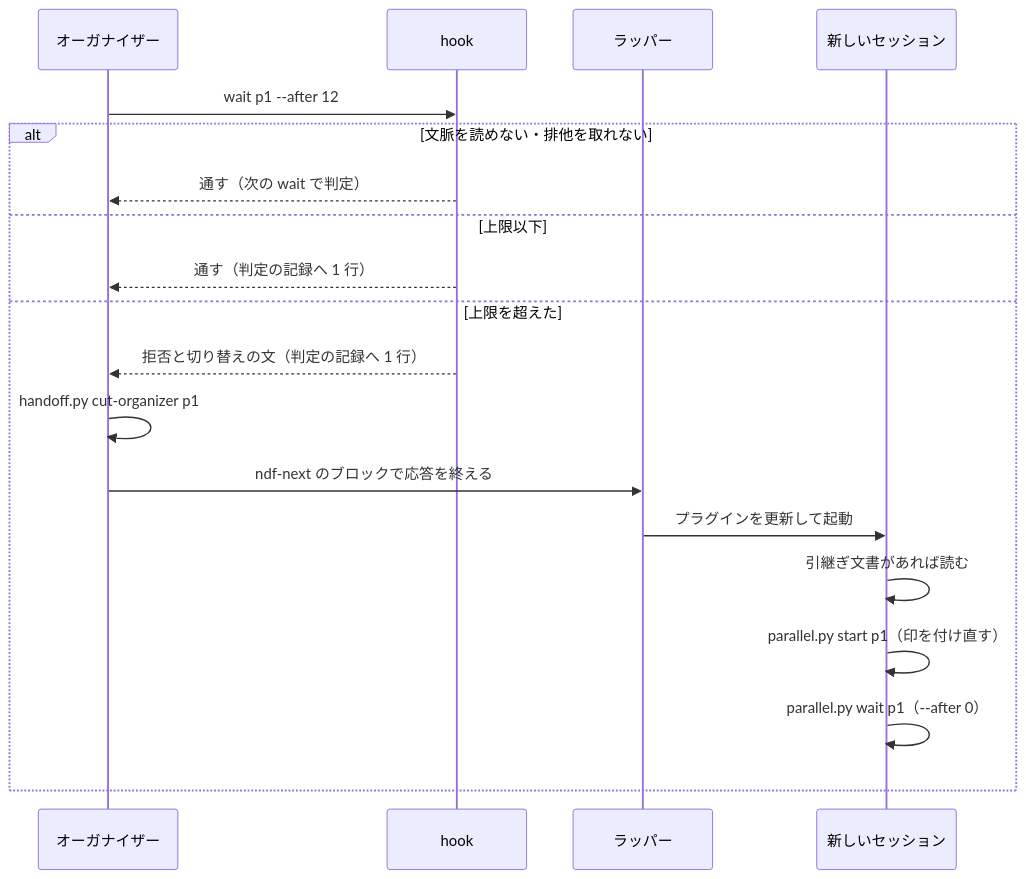
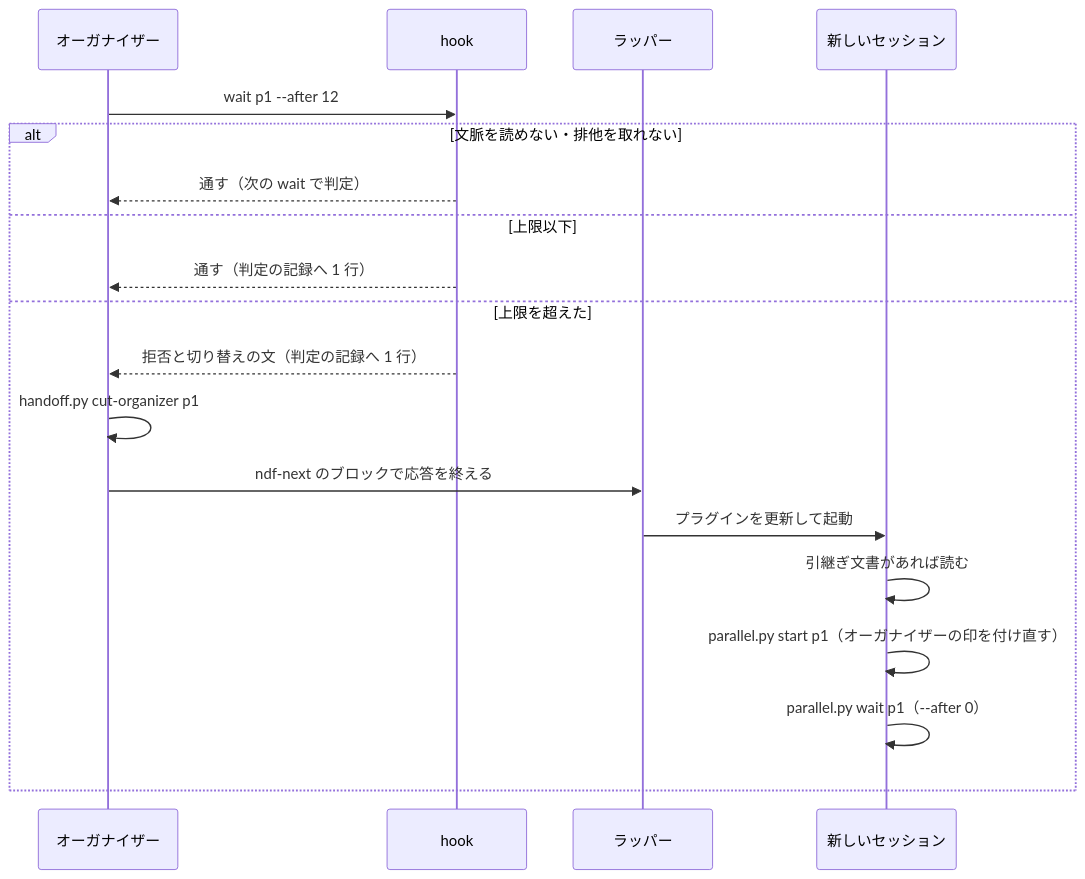
Before and after one commit to devbasex/ai-plugins: the fifth of 7 diagrams in issues/issue-2595-design.md, drawn with Mermaid. The commit also changed other lines of this file and 1 other file, not shown here.

````diff
--- a/issues/issue-2595-design.md
+++ b/issues/issue-2595-design.md
@@ -368,21 +352,21 @@
 ```mermaid
 sequenceDiagram
     participant O as オーガナイザー
     participant H as hook
     participant W as ラッパー
     participant N as 新しいセッション
     O->>H: wait p1 --after 12
     alt 文脈を読めない・排他を取れない
         H-->>O: 通す（次の wait で判定）
     else 上限以下
         H-->>O: 通す（判定の記録へ 1 行）
     else 上限を超えた
         H-->>O: 拒否と切り替えの文（判定の記録へ 1 行）
         O->>O: handoff.py cut-organizer p1
         O->>W: ndf-next のブロックで応答を終える
         W->>N: プラグインを更新して起動
         N->>N: 引継ぎ文書があれば読む
-        N->>N: parallel.py start p1（印を付け直す）
+        N->>N: parallel.py start p1（オーガナイザーの印を付け直す）
         N->>N: parallel.py wait p1（--after 0）
     end
 ```
````
